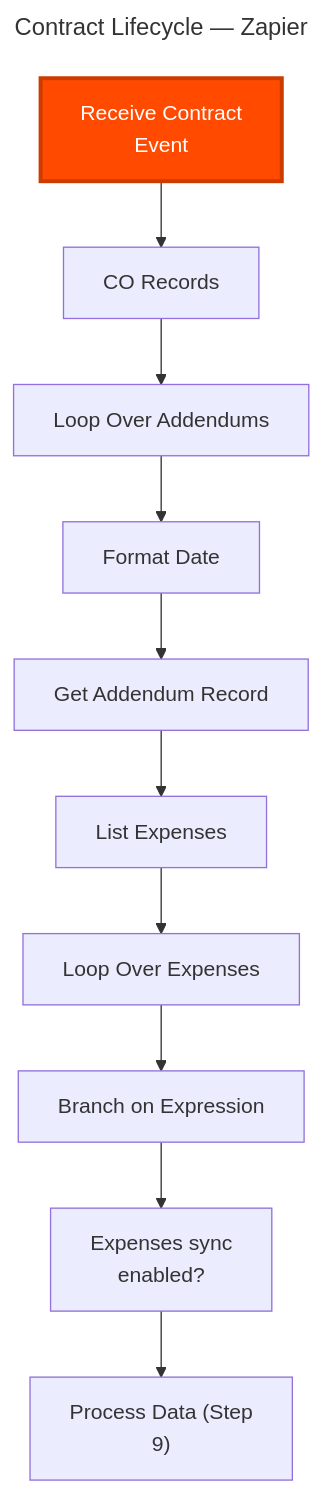
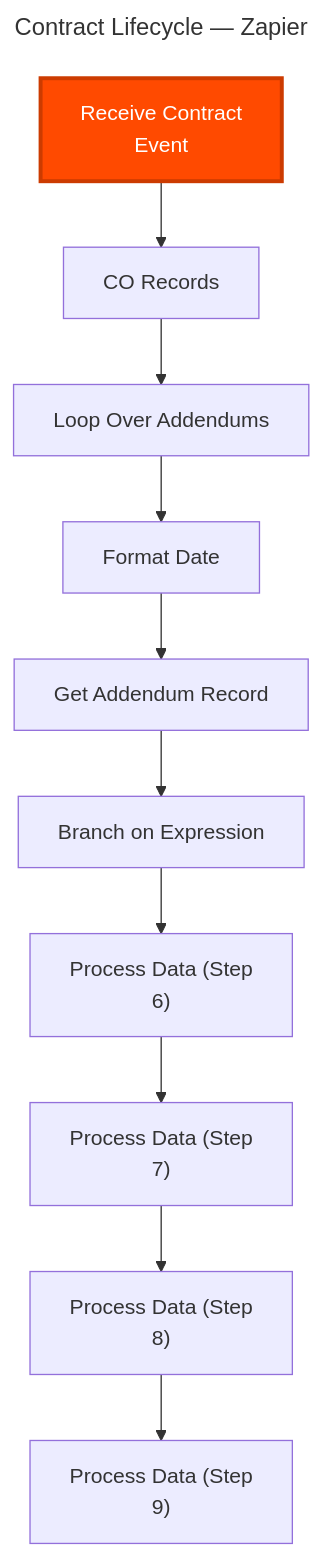
The diagram in linkedin-posts/_pipeline/mermaid/diagrams/contract-lifecycle-zapier.mmd (animaesuriens/home-service-os), drawn with Mermaid before and after one commit. The commit also changed 25 other files, not shown here.

First line of the commit message:
fix(15-05): extend legacy Mermaid generator to 676-node alphabet

```diff
--- a/linkedin-posts/_pipeline/mermaid/diagrams/contract-lifecycle-zapier.mmd
+++ b/linkedin-posts/_pipeline/mermaid/diagrams/contract-lifecycle-zapier.mmd
@@ -1,18 +1,18 @@
 ---
 title: Contract Lifecycle — Zapier
 ---
 flowchart TD
     T["Receive Contract\nEvent"]:::trigger
     A1["CO Records"]
     A2["Loop Over Addendums"]
     A3["Format Date"]
     A4["Get Addendum Record"]
-    A5["List Expenses"]
-    A6["Loop Over Expenses"]
-    A7["Branch on Expression"]
-    A8["Expenses sync\nenabled?"]
+    A5["Branch on Expression"]
+    A6["Process Data (Step\n6)"]
+    A7["Process Data (Step\n7)"]
+    A8["Process Data (Step\n8)"]
     A9["Process Data (Step\n9)"]
 
     T --> A1 --> A2 --> A3 --> A4 --> A5 --> A6 --> A7 --> A8 --> A9
 
     classDef trigger fill:#FF4A00,stroke:#cc3b00,stroke-width:3px,color:#fff
```
